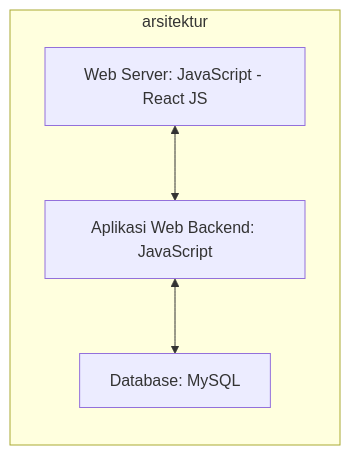
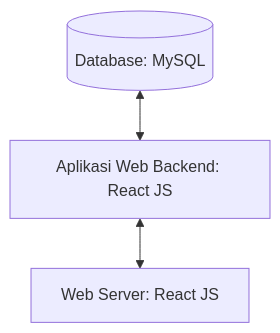
The second of 2 diagrams in dracoffee-project-plan.md (anandanovianshaf/dracoffee), drawn with Mermaid before and after one commit. The commit also changed other lines of this file, not shown here.

````diff
--- a/dracoffee-project-plan.md
+++ b/dracoffee-project-plan.md
@@ -133,7 +142,4 @@
 ```mermaid
-flowchart BT 
-  subgraph arsitektur
-    B[Web Server: JavaScript - React JS] <--> C[Aplikasi Web Backend: JavaScript] 
-    C <--> D[Database: MySQL] 
-  end
+flowchart TD
+    id1[(Database: MySQL)] <--> id2[Aplikasi Web Backend: React JS] <--> id3[Web Server: React JS]  
 ```
````
